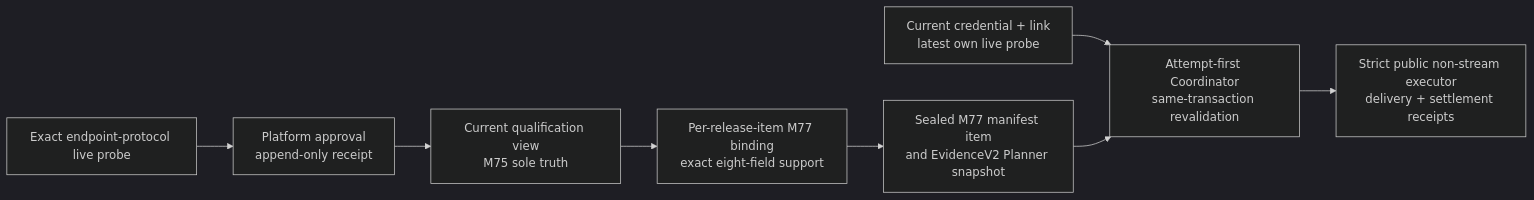
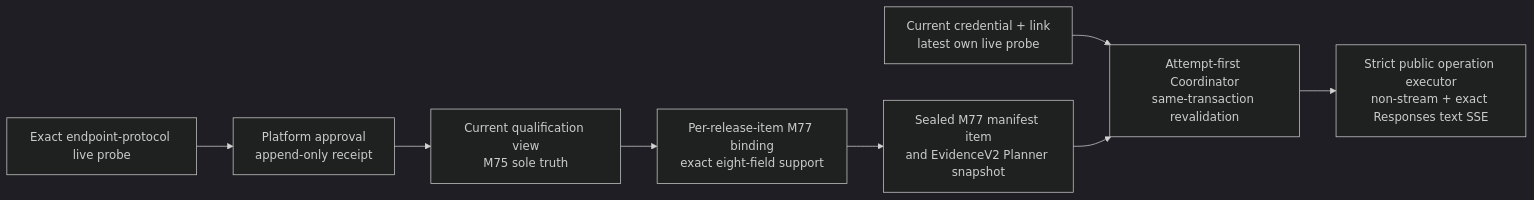
The second of 6 diagrams in docs/architecture/SYSTEM-FACT-MAP.md (foigent/unirouter), drawn with Mermaid (dark theme) before and after one commit. The commit also changed other lines of this file and 213 other files, not shown here.

````diff
--- a/docs/architecture/SYSTEM-FACT-MAP.md
+++ b/docs/architecture/SYSTEM-FACT-MAP.md
@@ -147,10 +170,10 @@
 ```mermaid
 flowchart LR
   P["Exact endpoint-protocol live probe"] --> A["Platform approval\nappend-only receipt"]
   A --> Q["Current qualification view\nM75 sole truth"]
   Q --> B["Per-release-item M77 binding\nexact eight-field support"]
   B --> M["Sealed M77 manifest item\nand EvidenceV2 Planner snapshot"]
   C["Current credential + link\nlatest own live probe"] --> R["Attempt-first Coordinator\nsame-transaction revalidation"]
   M --> R
-  R --> X["Strict public non-stream executor\ndelivery + settlement receipts"]
+  R --> X["Strict public operation executor\nnon-stream + exact Responses text SSE"]
 ```
````
